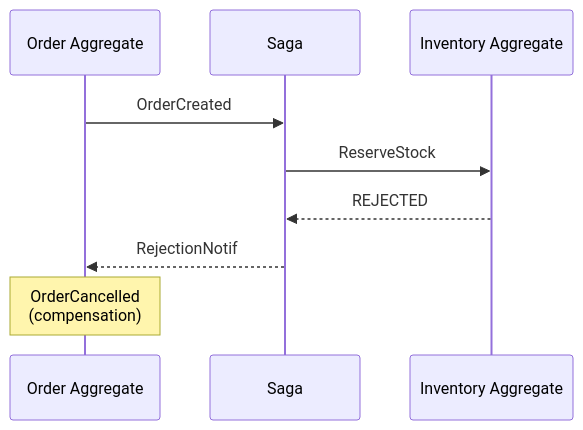
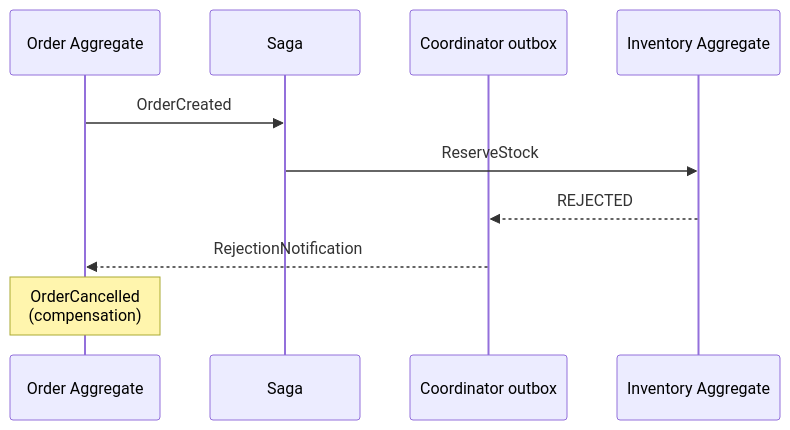
Before and after one commit to angzarr-io/angzarr-project: the diagram in site/src/content/docs/glossary/compensation.md, drawn with Mermaid. The commit also changed other lines of this file and 15 other files, not shown here.

````diff
--- a/site/src/content/docs/glossary/compensation.md
+++ b/site/src/content/docs/glossary/compensation.md
@@ -18,12 +20,13 @@
 ```mermaid
 sequenceDiagram
     participant O as Order Aggregate
     participant S as Saga
+    participant C as Coordinator outbox
     participant I as Inventory Aggregate
 
     O->>S: OrderCreated
     S->>I: ReserveStock
-    I-->>S: REJECTED
-    S-->>O: RejectionNotif
+    I-->>C: REJECTED
+    C-->>O: RejectionNotification
     Note over O: OrderCancelled<br/>(compensation)
 ```
````
